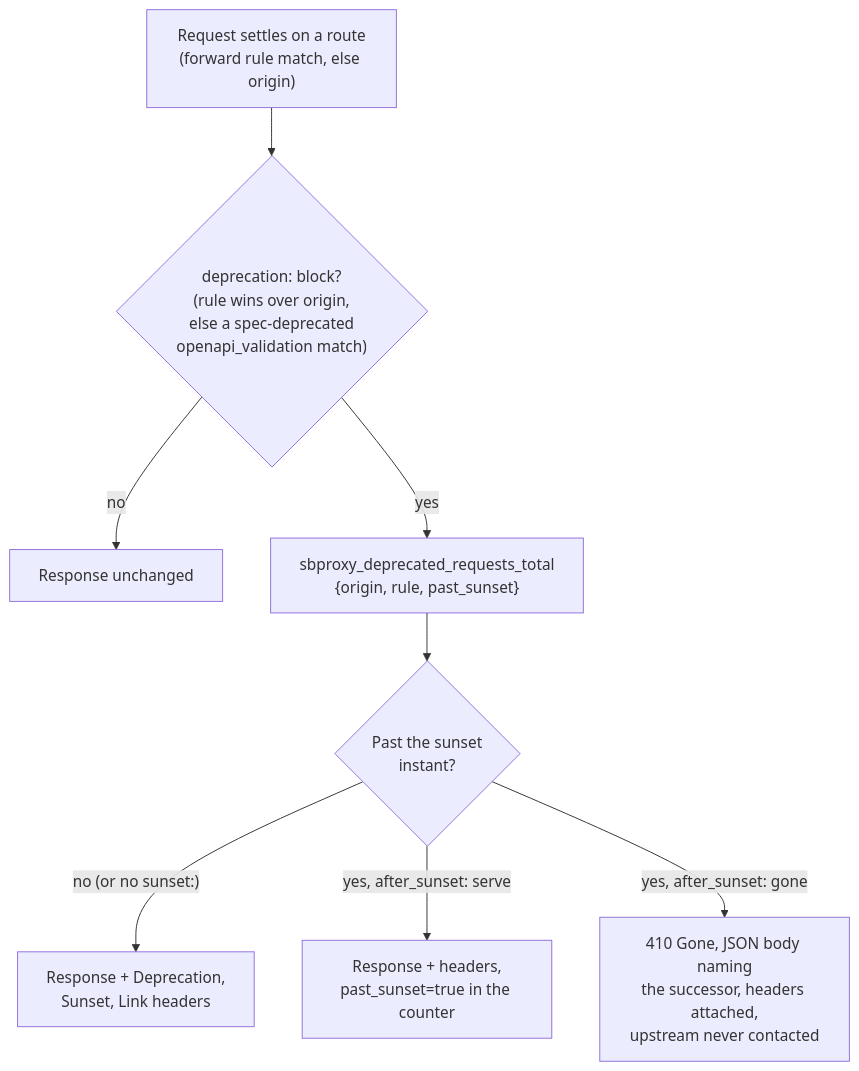
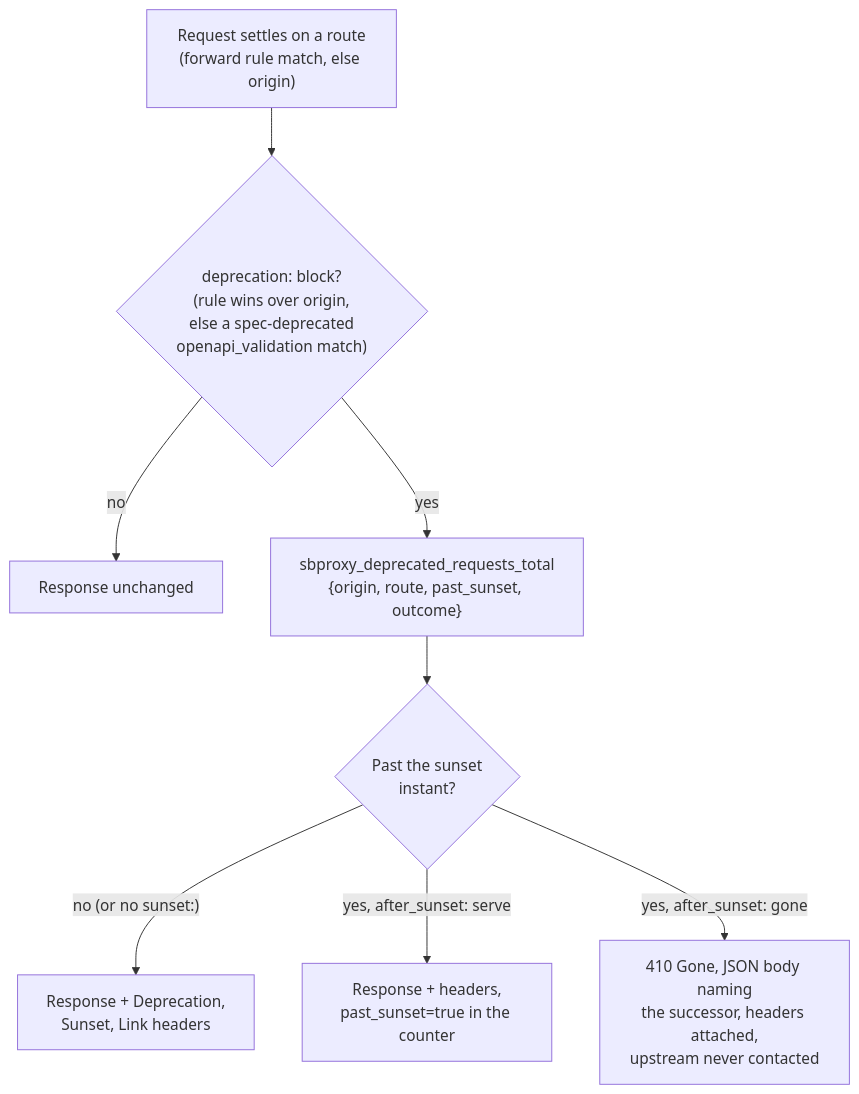
One commit to soapbucket/sbproxy changed the diagram in docs/api-gateway.md. Above: the diagram before and after it, drawn with Mermaid. The commit also changed other lines of this file and 26 other files, not shown here.

````diff
--- a/docs/api-gateway.md
+++ b/docs/api-gateway.md
@@ -73,10 +73,10 @@
 ```mermaid
 flowchart TD
     REQ["Request settles on a route\n(forward rule match, else origin)"] --> DEP{"deprecation: block?\n(rule wins over origin,\nelse a spec-deprecated\nopenapi_validation match)"}
     DEP -->|no| PLAIN["Response unchanged"]
-    DEP -->|yes| CNT["sbproxy_deprecated_requests_total\n{origin, rule, past_sunset}"]
+    DEP -->|yes| CNT["sbproxy_deprecated_requests_total\n{origin, route, past_sunset, outcome}"]
     CNT --> SUN{"Past the sunset\ninstant?"}
     SUN -->|"no (or no sunset:)"| HDR["Response + Deprecation,\nSunset, Link headers"]
     SUN -->|"yes, after_sunset: serve"| HDR2["Response + headers,\npast_sunset=true in the counter"]
     SUN -->|"yes, after_sunset: gone"| GONE["410 Gone, JSON body naming\nthe successor, headers attached,\nupstream never contacted"]
 ```
````
